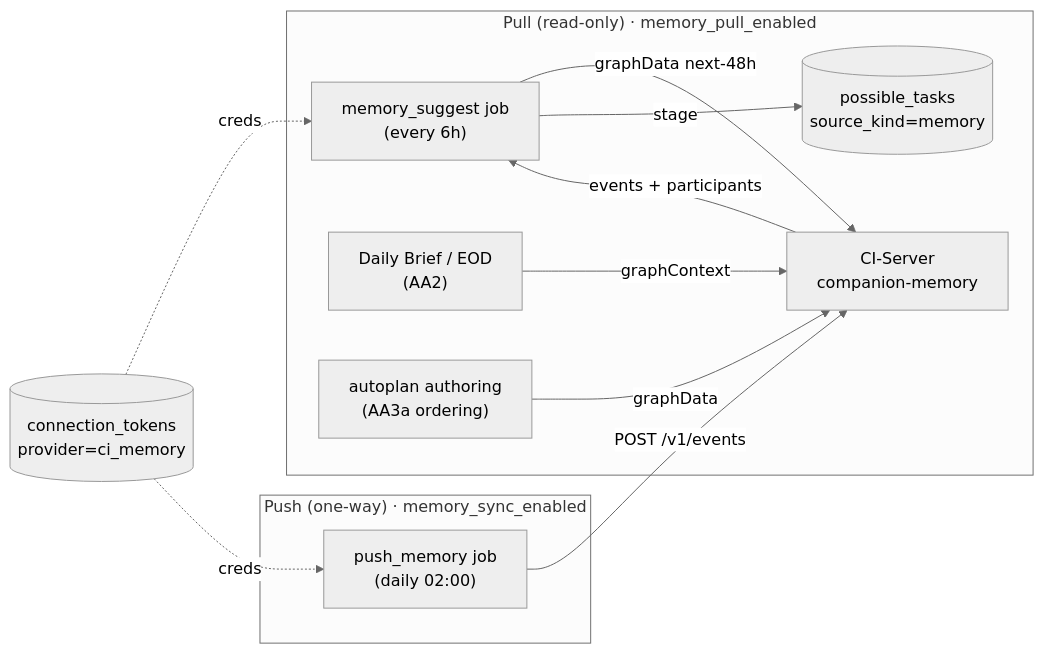
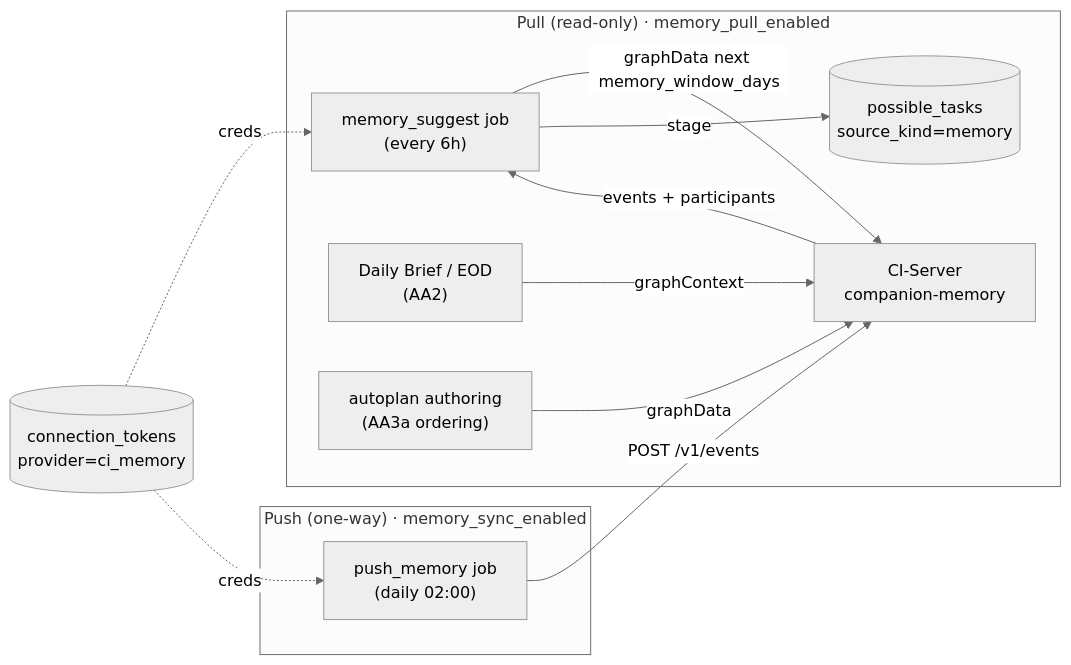
Before and after one commit to companionintelligence/CI-Planning: the sixth of 8 diagrams in ARCHITECTURE.md, drawn with Mermaid (neutral theme). The commit also changed other lines of this file and 30 other files, not shown here.

````diff
--- a/ARCHITECTURE.md
+++ b/ARCHITECTURE.md
@@ -1046,15 +1145,15 @@
 ```mermaid
 flowchart LR
     subgraph Pull["Pull (read-only) · memory_pull_enabled"]
-        MS["memory_suggest job<br/>(every 6h)"] -->|"graphData next-48h"| MEM["CI-Server<br/>companion-memory"]
+        MS["memory_suggest job<br/>(every 6h)"] -->|"graphData next memory_window_days"| MEM["CI-Server<br/>companion-memory"]
         MEM -->|events + participants| MS
         MS -->|stage| INBOX[("possible_tasks<br/>source_kind=memory")]
         BRIEF["Daily Brief / EOD<br/>(AA2)"] -->|graphContext| MEM
         PLAN["autoplan authoring<br/>(AA3a ordering)"] -->|graphData| MEM
     end
     subgraph Push["Push (one-way) · memory_sync_enabled"]
         PM["push_memory job<br/>(daily 02:00)"] -->|"POST /v1/events"| MEM
     end
     CT[("connection_tokens<br/>provider=ci_memory")] -.->|creds| MS
     CT -.->|creds| PM
 ```
````
